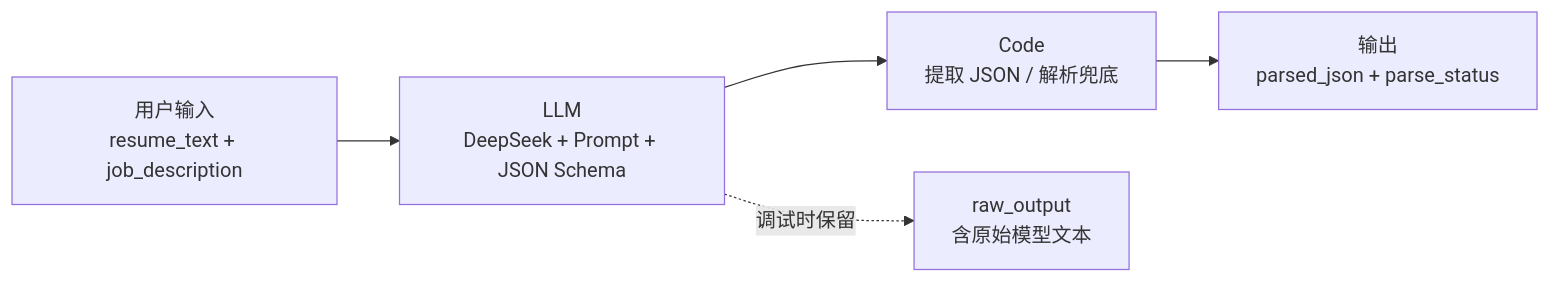
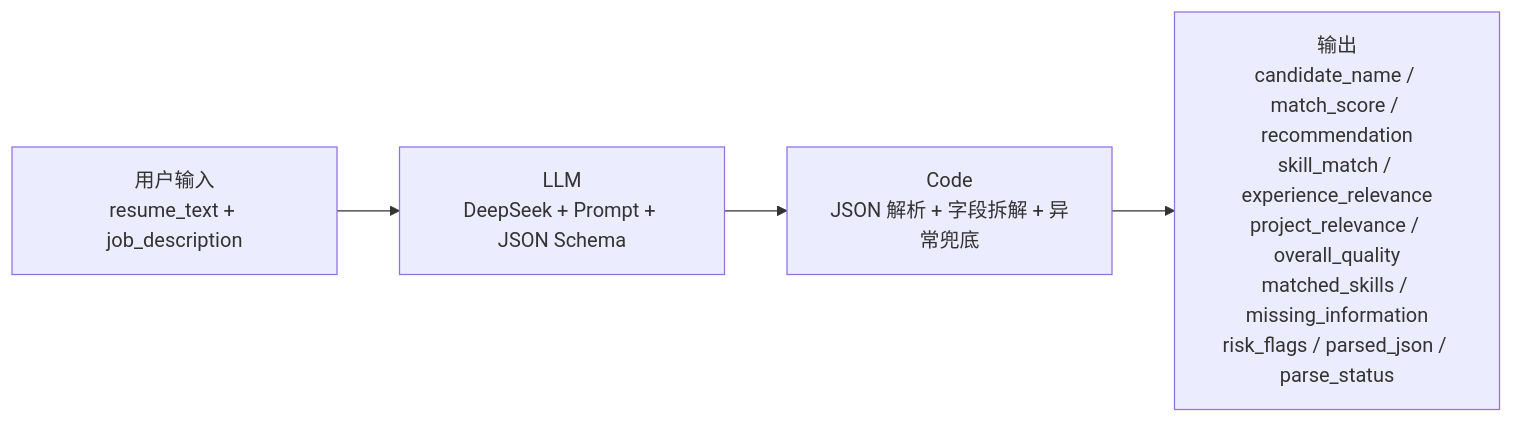
The diagram in README.md (hllwld/ai-resume-screening), drawn with Mermaid before and after one commit. The commit also changed other lines of this file, not shown here.

````diff
--- a/README.md
+++ b/README.md
@@ -11,7 +13,6 @@
 ```mermaid
 flowchart LR
-  A["用户输入\nresume_text + job_description"] --> B["LLM\nDeepSeek + Prompt + JSON Schema"]
-  B --> C["Code\n提取 JSON / 解析兜底"]
-  C --> D["输出\nparsed_json + parse_status"]
-  B -.调试时保留.-> R["raw_output\n含原始模型文本"]
+  A["用户输入<br/>resume_text + job_description"] --> B["LLM<br/>DeepSeek + Prompt + JSON Schema"]
+  B --> C["Code<br/>JSON 解析 + 字段拆解 + 异常兜底"]
+  C --> D["输出<br/>candidate_name / match_score / recommendation<br/>skill_match / experience_relevance<br/>project_relevance / overall_quality<br/>matched_skills / missing_information<br/>risk_flags / parsed_json / parse_status"]
 ```
````
